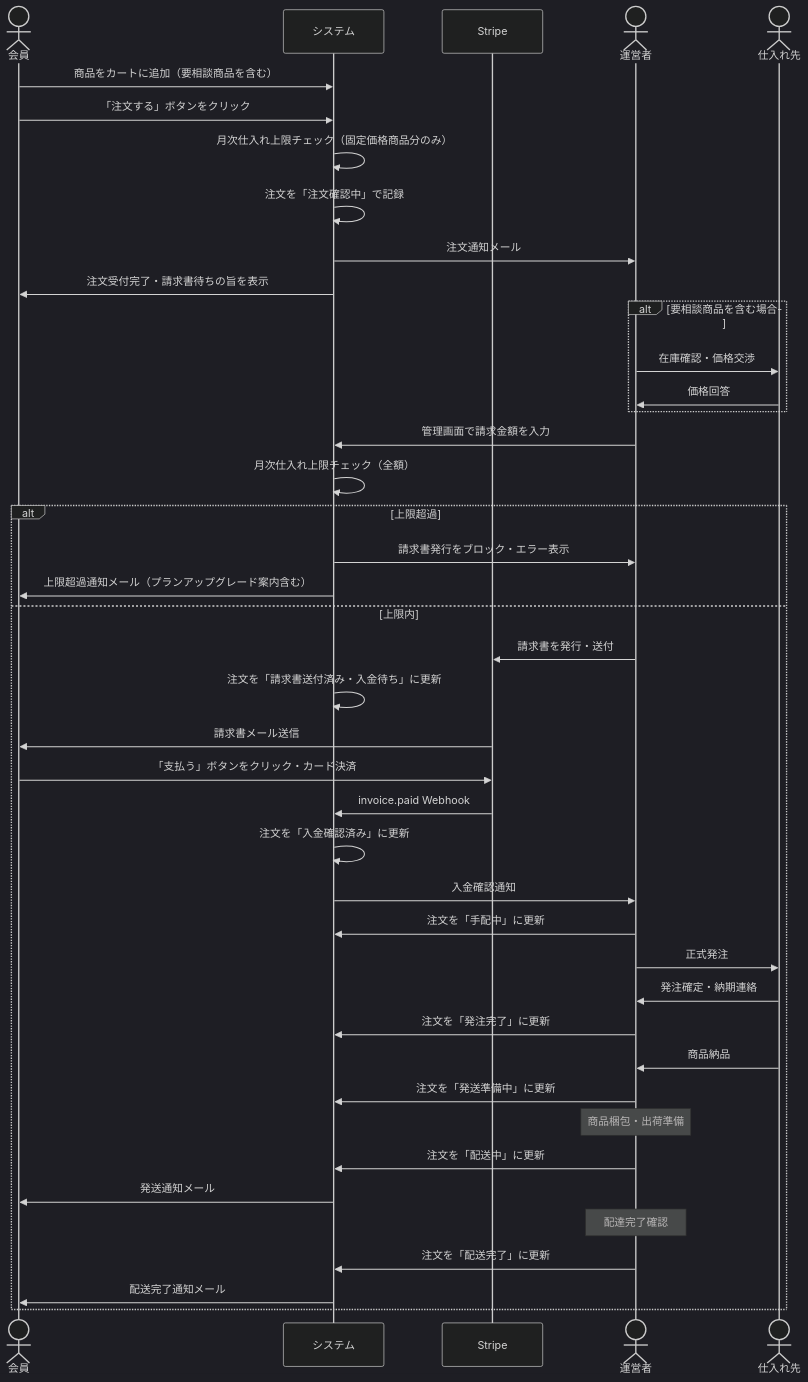
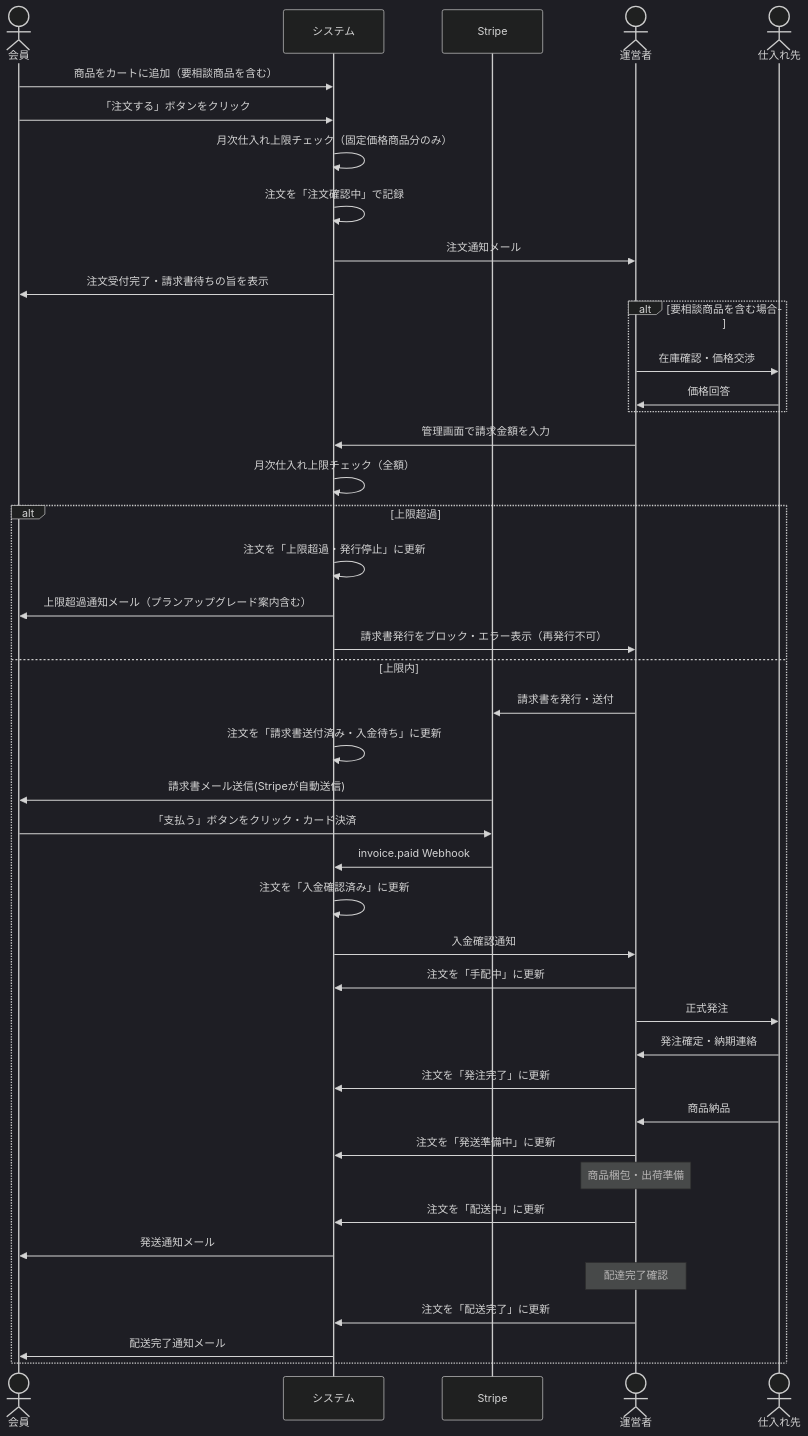
One commit to wknd-studio/brand-closed-ec changed the third of 3 diagrams in docs/order-flow.md. Above: the diagram before and after it, drawn with Mermaid (dark theme). The commit also changed other lines of this file and 9 other files, not shown here.

````diff
--- a/docs/order-flow.md
+++ b/docs/order-flow.md
@@ -89,52 +90,53 @@
 ```mermaid
 sequenceDiagram
     actor 会員
     participant システム
     participant Stripe
     actor 運営者
     actor 仕入れ先
 
     会員->>システム: 商品をカートに追加（要相談商品を含む）
     会員->>システム: 「注文する」ボタンをクリック
     システム->>システム: 月次仕入れ上限チェック（固定価格商品分のみ）
     システム->>システム: 注文を「注文確認中」で記録
     システム->>運営者: 注文通知メール
     システム->>会員: 注文受付完了・請求書待ちの旨を表示
 
     alt 要相談商品を含む場合
         運営者->>仕入れ先: 在庫確認・価格交渉
         仕入れ先->>運営者: 価格回答
     end
 
     運営者->>システム: 管理画面で請求金額を入力
     システム->>システム: 月次仕入れ上限チェック（全額）
 
     alt 上限超過
-        システム->>運営者: 請求書発行をブロック・エラー表示
+        システム->>システム: 注文を「上限超過・発行停止」に更新
         システム->>会員: 上限超過通知メール（プランアップグレード案内含む）
+        システム->>運営者: 請求書発行をブロック・エラー表示（再発行不可）
     else 上限内
         運営者->>Stripe: 請求書を発行・送付
         システム->>システム: 注文を「請求書送付済み・入金待ち」に更新
-        Stripe->>会員: 請求書メール送信
+        Stripe->>会員: 請求書メール送信(Stripeが自動送信)
 
         会員->>Stripe: 「支払う」ボタンをクリック・カード決済
         Stripe->>システム: invoice.paid Webhook
         システム->>システム: 注文を「入金確認済み」に更新
         システム->>運営者: 入金確認通知
 
         運営者->>システム: 注文を「手配中」に更新
         運営者->>仕入れ先: 正式発注
         仕入れ先->>運営者: 発注確定・納期連絡
         運営者->>システム: 注文を「発注完了」に更新
 
         仕入れ先->>運営者: 商品納品
         運営者->>システム: 注文を「発送準備中」に更新
         Note over 運営者: 商品梱包・出荷準備
         運営者->>システム: 注文を「配送中」に更新
         システム->>会員: 発送通知メール
 
         Note over 運営者: 配達完了確認
         運営者->>システム: 注文を「配送完了」に更新
         システム->>会員: 配送完了通知メール
     end
 ```
````
